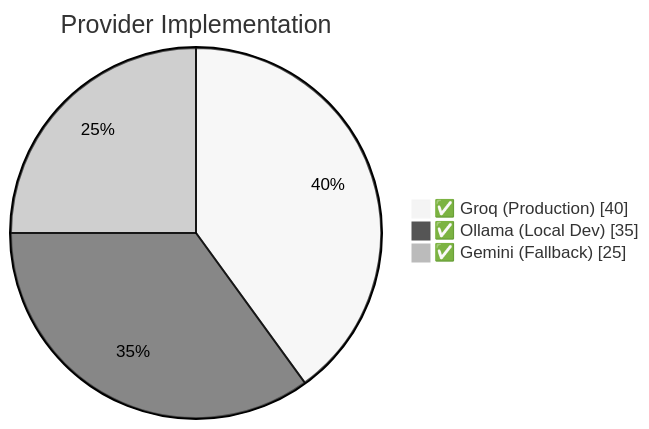
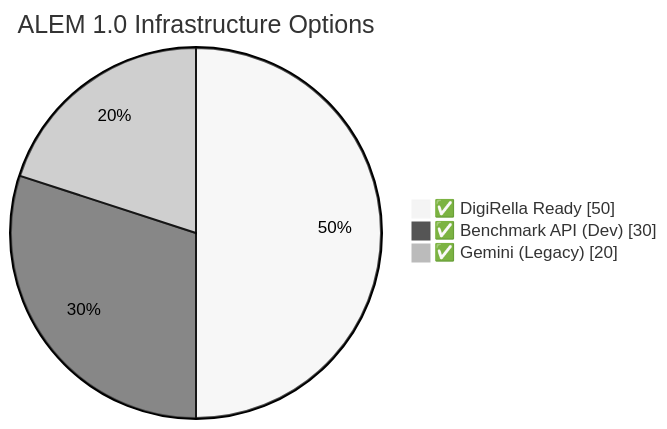
Before and after one commit to Px8Studio/yonja: the first of 7 diagrams in docs/zekalab/12-DUAL-MODE-DEPLOYMENT.md, drawn with Mermaid. The commit also changed other lines of this file and 3 other files, not shown here.

Commit message:
feat: Update documentation for ALEM 1.0 deployment strategy and options

````diff
--- a/docs/zekalab/12-DUAL-MODE-DEPLOYMENT.md
+++ b/docs/zekalab/12-DUAL-MODE-DEPLOYMENT.md
@@ -12,8 +14,8 @@
 ```mermaid
 %%{init: {'theme': 'neutral'}}%%
 pie showData
-    title Provider Implementation
-    "✅ Groq (Production)" : 40
-    "✅ Ollama (Local Dev)" : 35
-    "✅ Gemini (Fallback)" : 25
+    title ALEM 1.0 Infrastructure Options
+    "✅ DigiRella Ready" : 50
+    "✅ Benchmark API (Dev)" : 30
+    "✅ Gemini (Legacy)" : 20
 ```
````
